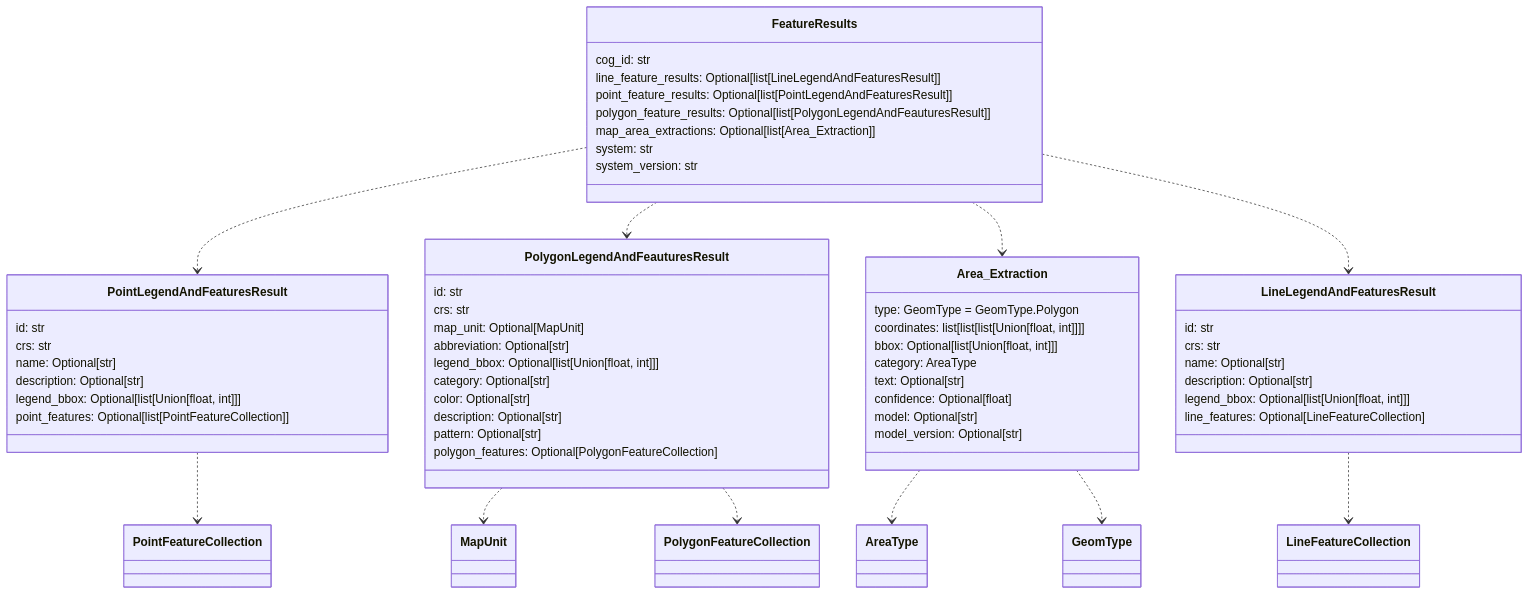
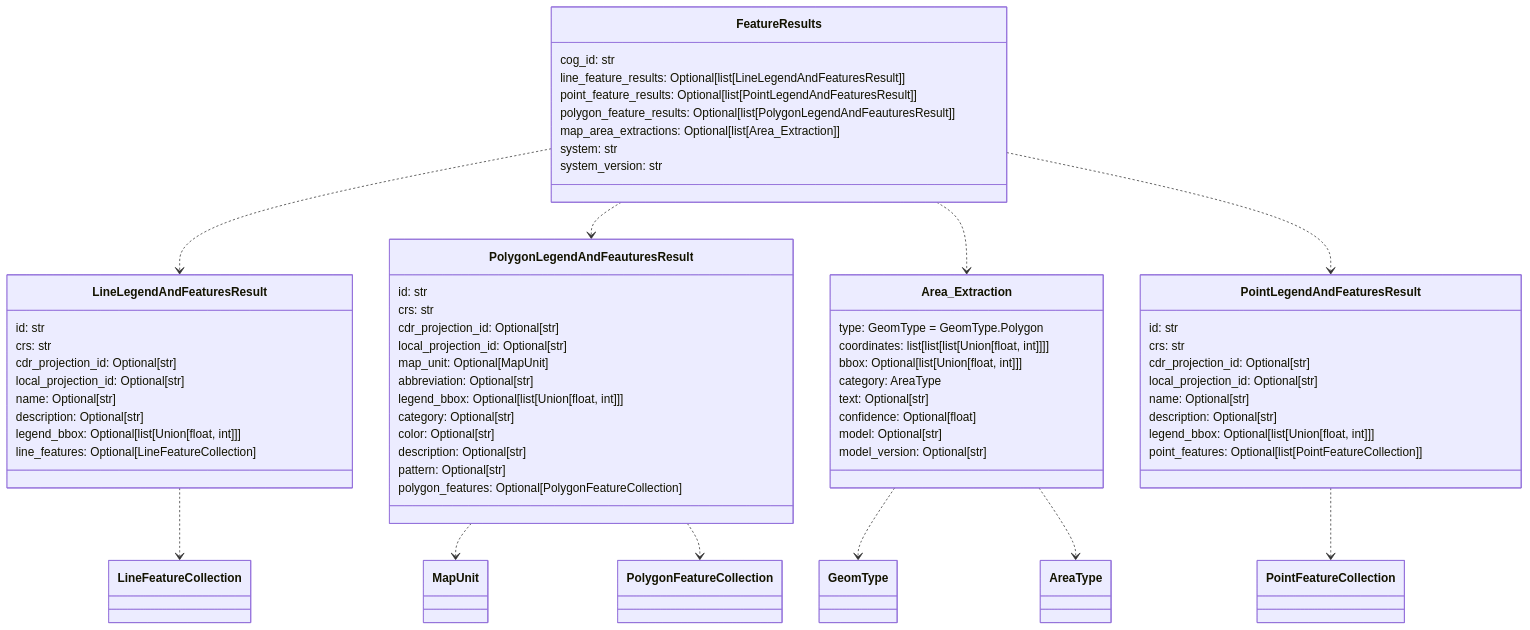
The third of 6 diagrams in README.md (DARPA-CRITICALMAAS/cdr_schemas), drawn with Mermaid before and after one commit. The commit also changed other lines of this file and 4 other files, not shown here.

````diff
--- a/README.md
+++ b/README.md
@@ -188,68 +189,74 @@
 ```mermaid
 classDiagram
-
-    class Area_Extraction {
-        type: GeomType = GeomType.Polygon
-        coordinates: list[list[list[Union[float, int]]]]
-        bbox: Optional[list[Union[float, int]]]
-        category: AreaType
-        text: Optional[str]
-        confidence: Optional[float]
-        model: Optional[str]
-        model_version: Optional[str]
-    }
 
     class FeatureResults {
         cog_id: str
         line_feature_results: Optional[list[LineLegendAndFeaturesResult]]
         point_feature_results: Optional[list[PointLegendAndFeaturesResult]]
         polygon_feature_results: Optional[list[PolygonLegendAndFeauturesResult]]
         map_area_extractions: Optional[list[Area_Extraction]]
         system: str
         system_version: str
     }
 
     class LineLegendAndFeaturesResult {
         id: str
         crs: str
+        cdr_projection_id: Optional[str]
+        local_projection_id: Optional[str]
         name: Optional[str]
         description: Optional[str]
         legend_bbox: Optional[list[Union[float, int]]]
         line_features: Optional[LineFeatureCollection]
     }
 
-    class PointLegendAndFeaturesResult {
-        id: str
-        crs: str
-        name: Optional[str]
-        description: Optional[str]
-        legend_bbox: Optional[list[Union[float, int]]]
-        point_features: Optional[list[PointFeatureCollection]]
-    }
-
     class PolygonLegendAndFeauturesResult {
         id: str
         crs: str
+        cdr_projection_id: Optional[str]
+        local_projection_id: Optional[str]
         map_unit: Optional[MapUnit]
         abbreviation: Optional[str]
         legend_bbox: Optional[list[Union[float, int]]]
         category: Optional[str]
         color: Optional[str]
         description: Optional[str]
         pattern: Optional[str]
         polygon_features: Optional[PolygonFeatureCollection]
     }
 
+    class Area_Extraction {
+        type: GeomType = GeomType.Polygon
+        coordinates: list[list[list[Union[float, int]]]]
+        bbox: Optional[list[Union[float, int]]]
+        category: AreaType
+        text: Optional[str]
+        confidence: Optional[float]
+        model: Optional[str]
+        model_version: Optional[str]
+    }
+
+    class PointLegendAndFeaturesResult {
+        id: str
+        crs: str
+        cdr_projection_id: Optional[str]
+        local_projection_id: Optional[str]
+        name: Optional[str]
+        description: Optional[str]
+        legend_bbox: Optional[list[Union[float, int]]]
+        point_features: Optional[list[PointFeatureCollection]]
+    }
+
+    Area_Extraction ..> GeomType
     Area_Extraction ..> AreaType
-    Area_Extraction ..> GeomType
     LineLegendAndFeaturesResult ..> LineFeatureCollection
     PointLegendAndFeaturesResult ..> PointFeatureCollection
     PolygonLegendAndFeauturesResult ..> MapUnit
     PolygonLegendAndFeauturesResult ..> PolygonFeatureCollection
-    FeatureResults ..> PointLegendAndFeaturesResult
+    FeatureResults ..> LineLegendAndFeaturesResult
     FeatureResults ..> PolygonLegendAndFeauturesResult
     FeatureResults ..> Area_Extraction
-    FeatureResults ..> LineLegendAndFeaturesResult
+    FeatureResults ..> PointLegendAndFeaturesResult
 
 
 ```
````
